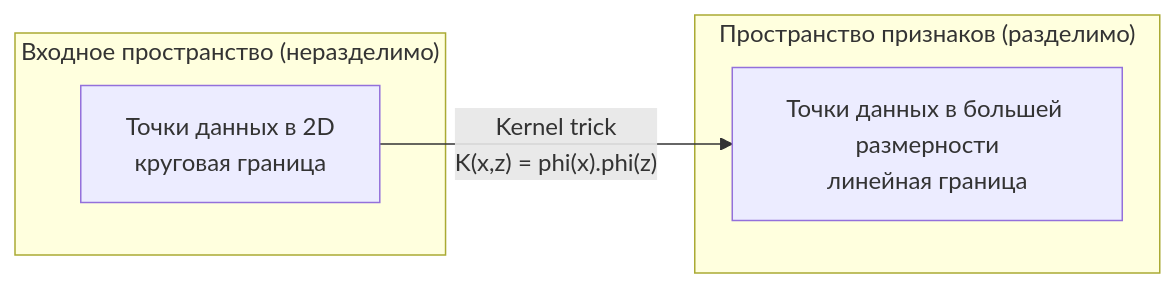
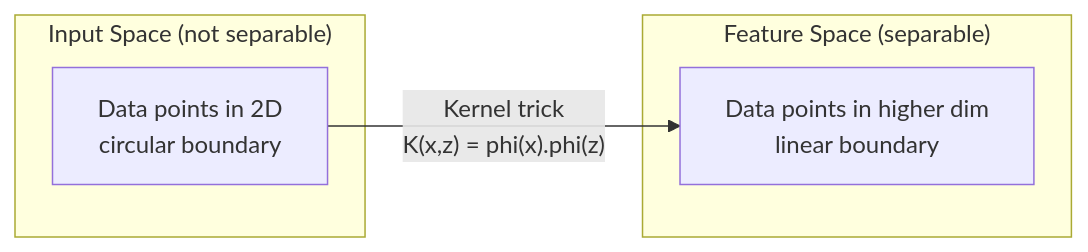
Before and after one commit to stabuev/ai-engineering-from-scratch: the third of 3 diagrams in phases/02-ml-fundamentals/05-support-vector-machines/docs/ru.md, drawn with Mermaid. The commit also changed other lines of this file and 182 other files, not shown here.

````diff
--- a/phases/02-ml-fundamentals/05-support-vector-machines/docs/ru.md
+++ b/phases/02-ml-fundamentals/05-support-vector-machines/docs/ru.md
@@ -178,10 +178,10 @@
 ```mermaid
 graph LR
-    subgraph "Входное пространство (неразделимо)"
-        A["Точки данных в 2D<br>круговая граница"]
+    subgraph "Input Space (not separable)"
+        A["Data points in 2D<br>circular boundary"]
     end
-    subgraph "Пространство признаков (разделимо)"
-        B["Точки данных в большей размерности<br>линейная граница"]
+    subgraph "Feature Space (separable)"
+        B["Data points in higher dim<br>linear boundary"]
     end
     A -->|"Kernel trick<br>K(x,z) = phi(x).phi(z)"| B
 ```
````
